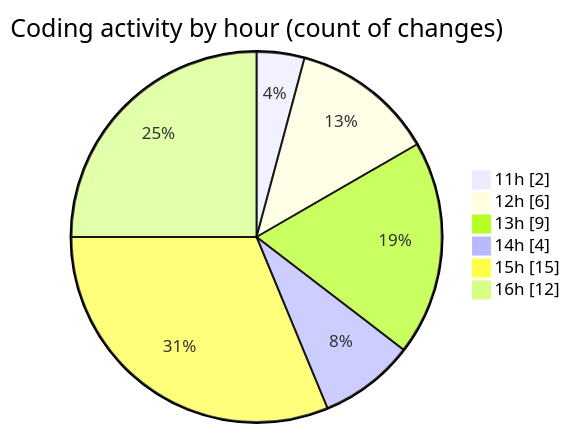
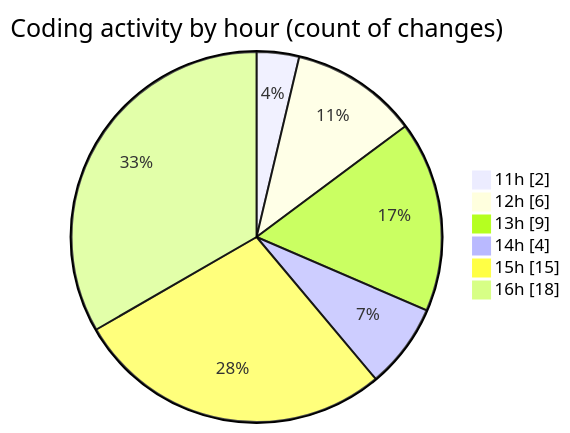
Before and after one commit to nxtqubesakshisongat/code-tracking: the second of 2 diagrams in 2025-06-30/argos/README.md, drawn with Mermaid. The commit also changed other lines of this file and 1 other file, not shown here.

````diff
--- a/2025-06-30/argos/README.md
+++ b/2025-06-30/argos/README.md
@@ -33,10 +34,10 @@
 ```mermaid
 pie showData
 title Coding activity by hour (count of changes)
 "11h" : 2
 "12h" : 6
 "13h" : 9
 "14h" : 4
 "15h" : 15
-"16h" : 12
+"16h" : 18
 ```
````
